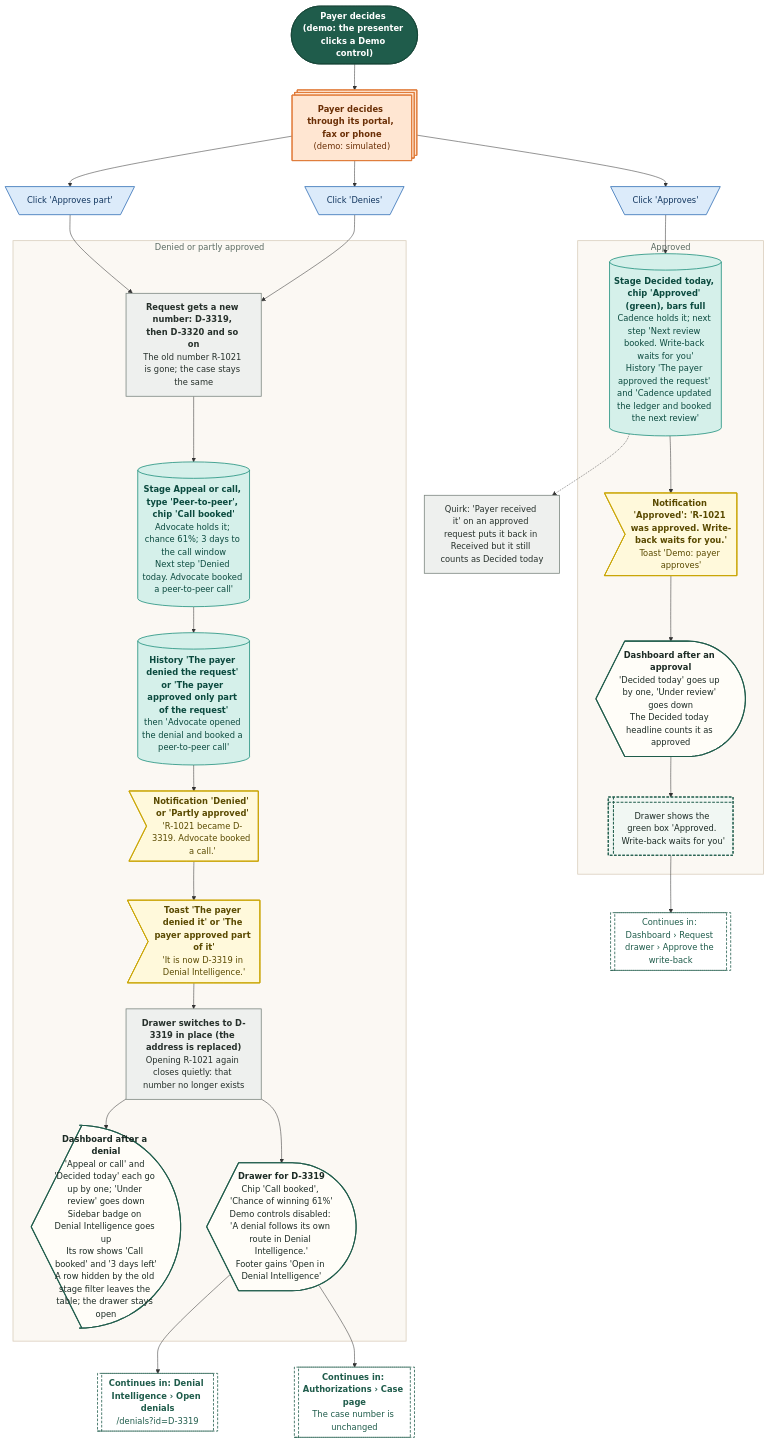
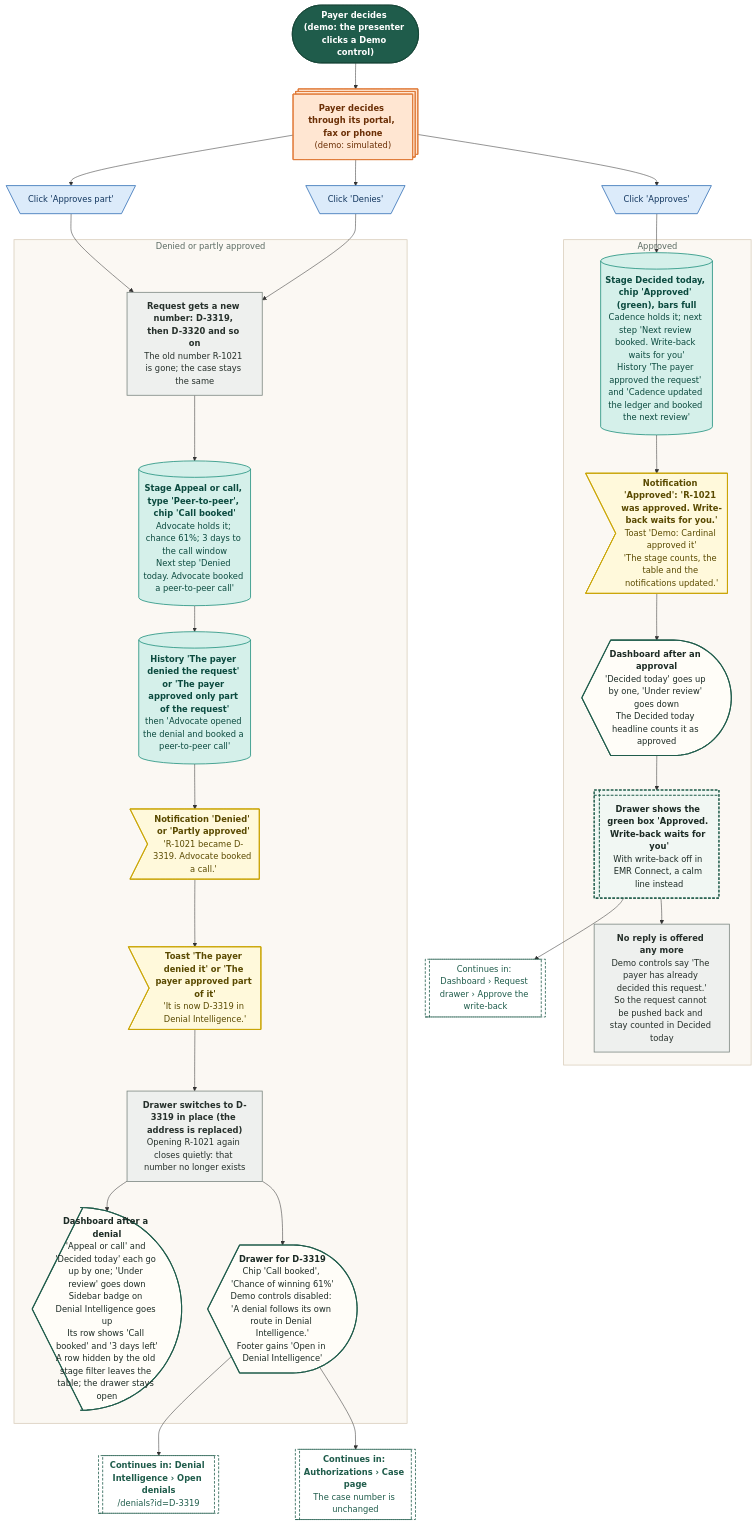
Diagram 18 of 19 in demos/prior-auth-demo/workflows/out/md/02-dashboard.md (Shrav143/psyfloapp), drawn with Mermaid before and after one commit. The commit also changed other lines of this file and 195 other files, not shown here.

First line of the commit message:
docs: Rebuild workflow diagrams after the demo fixes (220 diagrams)

````diff
--- a/demos/prior-auth-demo/workflows/out/md/02-dashboard.md
+++ b/demos/prior-auth-demo/workflows/out/md/02-dashboard.md
@@ -1266,66 +1377,66 @@
 ```mermaid
 %%{init: {"theme":"base","themeVariables":{"fontFamily":"'DM Sans', 'Segoe UI', system-ui, sans-serif","fontSize":"15px","lineColor":"#5B6B63","primaryTextColor":"#1C2B25","clusterBkg":"#FBF8F3","clusterBorder":"#D9CDBB","edgeLabelBackground":"#FFFFFF"},"flowchart":{"curve":"basis","nodeSpacing":36,"rankSpacing":48,"padding":12,"htmlLabels":true,"useMaxWidth":false,"wrappingWidth":230}} }%%
 flowchart TD
   classDef k_start fill:#1F5C4B,stroke:#174638,color:#FFFFFF,stroke-width:1.5px,font-weight:600
   classDef k_end fill:#DDEFE3,stroke:#2E7D4F,color:#14502F,stroke-width:1.5px,font-weight:600
   classDef k_endx fill:#FBE3E0,stroke:#C0392B,color:#7A1F16,stroke-width:1.5px,font-weight:600
   classDef k_screen fill:#FFFDF8,stroke:#1F5C4B,color:#1C2B25,stroke-width:2px
   classDef k_overlay fill:#F1F7F3,stroke:#1F5C4B,color:#1C2B25,stroke-width:2px,stroke-dasharray:5 3
   classDef k_click fill:#DCEBFA,stroke:#2F6DB5,color:#12365F,stroke-width:1.5px
   classDef k_input fill:#E4E7FF,stroke:#4C5FD5,color:#1D2670,stroke-width:1.5px
   classDef k_process fill:#EEF0EE,stroke:#7A857F,color:#26302B,stroke-width:1.5px
   classDef k_agent fill:#EEE5FA,stroke:#7A4FC2,color:#341A63,stroke-width:1.5px
   classDef k_decision fill:#FFF0CC,stroke:#D9962B,color:#5C3B00,stroke-width:1.5px
   classDef k_store fill:#D5F0EA,stroke:#1C8E7B,color:#0B4A3F,stroke-width:1.5px
   classDef k_doc fill:#F6E9DC,stroke:#B07A4C,color:#4A2E14,stroke-width:1.5px
   classDef k_ext fill:#FFE6D2,stroke:#E07B39,color:#6B2F06,stroke-width:1.5px
   classDef k_wait fill:#E4E8EE,stroke:#6B7C93,color:#26303D,stroke-width:1.5px
   classDef k_toast fill:#FFF9DB,stroke:#C9A400,color:#5A4A00,stroke-width:1.5px
   classDef k_goto fill:#FFFFFF,stroke:#1F5C4B,color:#1F5C4B,stroke-width:1.5px,stroke-dasharray:5 3
   s1@{ shape: stadium, label: "Payer decides (demo: the presenter clicks a Demo control)" }
   x1@{ shape: st-rect, label: "<b>Payer decides through its portal, fax or phone</b><br/>(demo: simulated)" }
   c1@{ shape: trap-t, label: "Click 'Approves'" }
   c2@{ shape: trap-t, label: "Click 'Approves part'" }
   c3@{ shape: trap-t, label: "Click 'Denies'" }
   subgraph gA ["Approved"]
   a1@{ shape: cyl, label: "<b>Stage Decided today, chip 'Approved' (green), bars full</b><br/>Cadence holds it; next step 'Next review booked. Write-back waits for you'<br/>History 'The payer approved the request' and 'Cadence updated the ledger and booked the next review'" }
-  an@{ shape: odd, label: "<b>Notification 'Approved': 'R-1021 was approved. Write-back waits for you.'</b><br/>Toast 'Demo: payer approves'" }
+  an@{ shape: odd, label: "<b>Notification 'Approved': 'R-1021 was approved. Write-back waits for you.'</b><br/>Toast 'Demo: Cardinal approved it'<br/>'The stage counts, the table and the notifications updated.'" }
   as@{ shape: curv-trap, label: "<b>Dashboard after an approval</b><br/>'Decided today' goes up by one, 'Under review' goes down<br/>The Decided today headline counts it as approved" }
-  ab@{ shape: win-pane, label: "Drawer shows the green box 'Approved. Write-back waits for you'" }
+  ab@{ shape: win-pane, label: "<b>Drawer shows the green box 'Approved. Write-back waits for you'</b><br/>With write-back off in EMR Connect, a calm line instead" }
+  qk@{ shape: rect, label: "<b>No reply is offered any more</b><br/>Demo controls say 'The payer has already decided this request.'<br/>So the request cannot be pushed back and stay counted in Decided today" }
   end
   g1@{ shape: subproc, label: "Continues in: Dashboard › Request drawer › Approve the write-back" }
-  qk@{ shape: rect, label: "Quirk: 'Payer received it' on an approved request puts it back in Received but it still counts as Decided today" }
   subgraph gD ["Denied or partly approved"]
   d1@{ shape: rect, label: "<b>Request gets a new number: D-3319, then D-3320 and so on</b><br/>The old number R-1021 is gone; the case stays the same" }
   d2@{ shape: cyl, label: "<b>Stage Appeal or call, type 'Peer-to-peer', chip 'Call booked'</b><br/>Advocate holds it; chance 61%; 3 days to the call window<br/>Next step 'Denied today. Advocate booked a peer-to-peer call'" }
   d3@{ shape: cyl, label: "<b>History 'The payer denied the request' or 'The payer approved only part of the request'</b><br/>then 'Advocate opened the denial and booked a peer-to-peer call'" }
   dn@{ shape: odd, label: "<b>Notification 'Denied' or 'Partly approved'</b><br/>'R-1021 became D-3319. Advocate booked a call.'" }
   dt@{ shape: odd, label: "<b>Toast 'The payer denied it' or 'The payer approved part of it'</b><br/>'It is now D-3319 in Denial Intelligence.'" }
   d4@{ shape: rect, label: "<b>Drawer switches to D-3319 in place (the address is replaced)</b><br/>Opening R-1021 again closes quietly: that number no longer exists" }
   ds@{ shape: curv-trap, label: "<b>Dashboard after a denial</b><br/>'Appeal or call' and 'Decided today' each go up by one; 'Under review' goes down<br/>Sidebar badge on Denial Intelligence goes up<br/>Its row shows 'Call booked' and '3 days left'<br/>A row hidden by the old stage filter leaves the table; the drawer stays open" }
   dd@{ shape: curv-trap, label: "<b>Drawer for D-3319</b><br/>Chip 'Call booked', 'Chance of winning 61%'<br/>Demo controls disabled: 'A denial follows its own route in Denial Intelligence.'<br/>Footer gains 'Open in Denial Intelligence'" }
   end
   g2@{ shape: subproc, label: "<b>Continues in: Denial Intelligence › Open denials</b><br/>/denials?id=D-3319" }
   g3@{ shape: subproc, label: "<b>Continues in: Authorizations › Case page</b><br/>The case number is unchanged" }
   s1 --> x1 --> c1 & c2 & c3
   c1 --> a1 --> an --> as --> ab --> g1
-  a1 -.-> qk
+  ab --> qk
   c2 --> d1
   c3 --> d1
   d1 --> d2 --> d3 --> dn --> dt --> d4
   d4 --> ds
   d4 --> dd
   dd --> g2
   dd --> g3
   class s1 k_start
   class x1 k_ext
   class c1,c2,c3 k_click
   class a1,d2,d3 k_store
   class an,dn,dt k_toast
   class as,ds,dd k_screen
   class ab k_overlay
+  class qk,d1,d4 k_process
   class g1,g2,g3 k_goto
-  class qk,d1,d4 k_process
   style gA fill:#FBF8F3,stroke:#D9CDBB,stroke-width:1.5px,color:#5B6B63
   style gD fill:#FBF8F3,stroke:#D9CDBB,stroke-width:1.5px,color:#5B6B63
 ```
````
